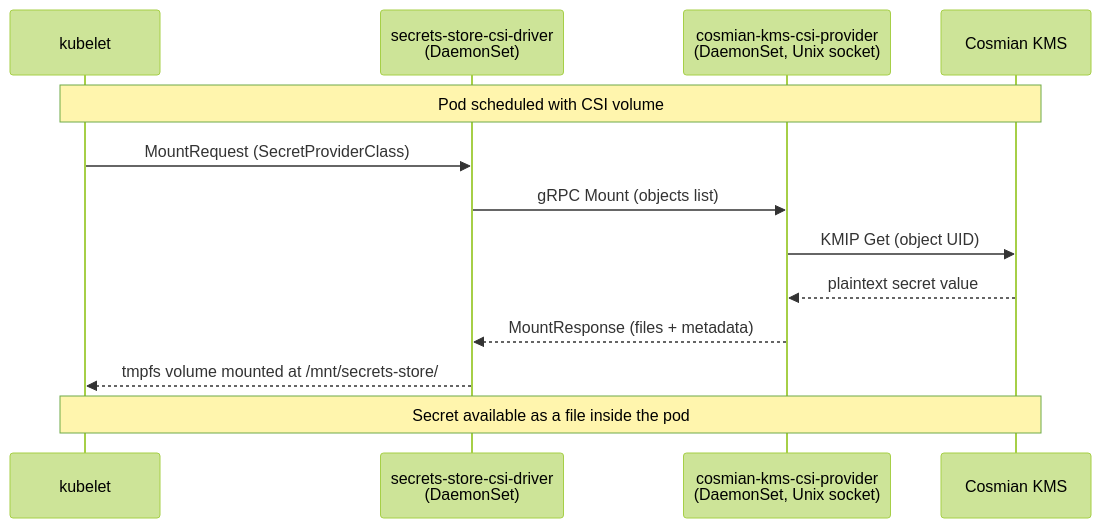
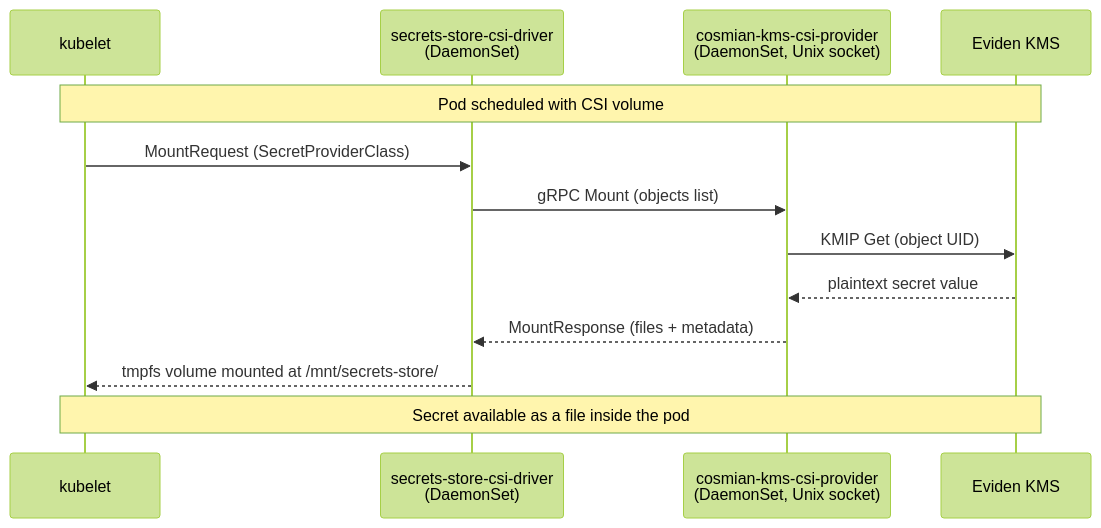
One commit to Cosmian/kms changed the diagram in documentation/docs/integrations/kubernetes/csi-provider.md. Above: the diagram before and after it, drawn with Mermaid (forest theme). The commit also changed other lines of this file and 24 other files, not shown here.

````diff
--- a/documentation/docs/integrations/kubernetes/csi-provider.md
+++ b/documentation/docs/integrations/kubernetes/csi-provider.md
@@ -13,16 +13,16 @@
 ```mermaid
 sequenceDiagram
     participant K as kubelet
     participant D as secrets-store-csi-driver<br/>(DaemonSet)
     participant P as cosmian-kms-csi-provider<br/>(DaemonSet, Unix socket)
-    participant M as Cosmian KMS
+    participant M as Eviden KMS
 
     Note over K,M: Pod scheduled with CSI volume
     K->>D: MountRequest (SecretProviderClass)
     D->>P: gRPC Mount (objects list)
     P->>M: KMIP Get (object UID)
     M-->>P: plaintext secret value
     P-->>D: MountResponse (files + metadata)
     D-->>K: tmpfs volume mounted at /mnt/secrets-store/
     Note over K,M: Secret available as a file inside the pod
 ```
````
